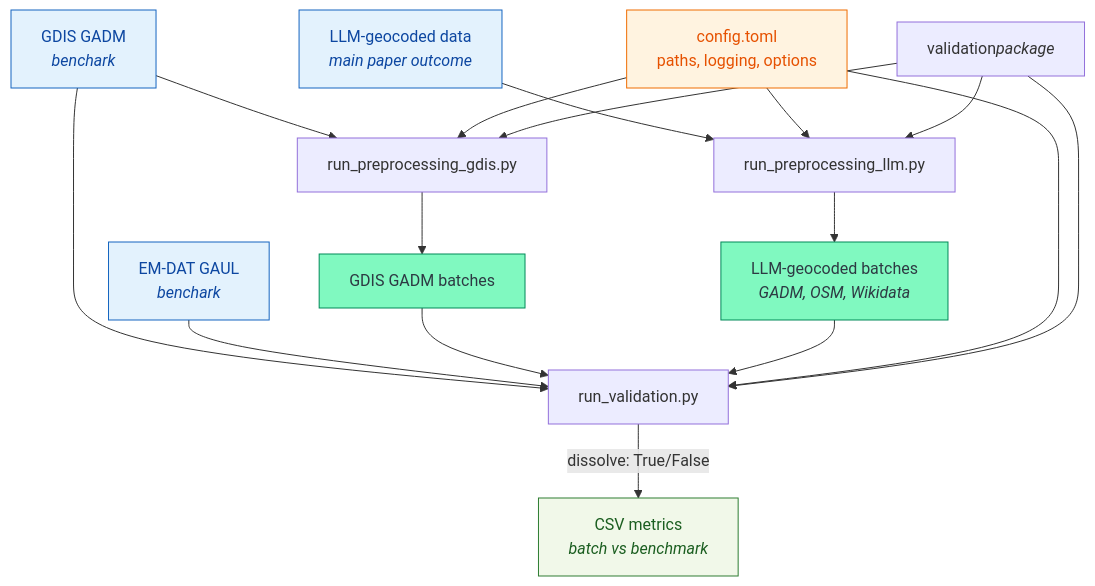
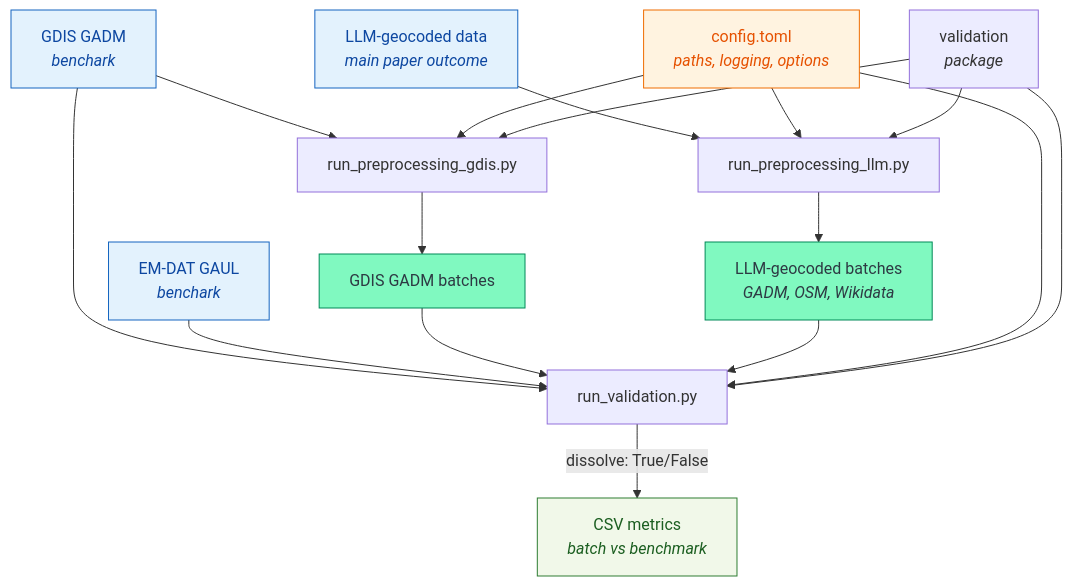
One commit to em-dat/emdat_geocoding changed the first of 2 diagrams in README.md. Above: the diagram before and after it, drawn with Mermaid.

Commit message:
Fix formatting in README diagram tooltips

````diff
--- a/README.md
+++ b/README.md
@@ -41,34 +41,34 @@
 ```mermaid
 flowchart TD
 %% Inputs
     A["GDIS GADM<br/><i>benchark</i>"]:::data
     B["EM-DAT GAUL<br/><i>benchark</i>"]:::data
     C["GDIS GADM batches"]:::batch
     D["LLM-geocoded data<br/><i>main paper outcome</i>"]:::data
     E["LLM-geocoded batches<br/><i>GADM, OSM, Wikidata</i>"]:::batch
     O["CSV metrics<br/><i>batch vs benchmark</i>"]:::output
-    CFG["config.toml<br/>paths, logging, options"]:::config
-    V["validation<i>package<i>"]:::script
+    CFG["config.toml<br/><i>paths, logging, options</i>"]:::config
+    V["validation<br/><i>package<i>"]:::script
 %% Steps
     PG["run_preprocessing_gdis.py"]:::script
     PL["run_preprocessing_llm.py"]:::script
     RV["run_validation.py"]:::script
     A --> PG --> C
     D --> PL --> E
     A --> RV
     B --> RV
     C --> RV
     E --> RV -->|dissolve: True/False| O
     CFG --> PG
     CFG --> PL
     CFG --> RV
     V --> PG
     V --> PL
     V --> RV
     
 %% Styles (optional)
     classDef data fill:#e3f2fd,stroke:#1565c0,color:#0d47a1;
     classDef batch fill:#80f9c0,stroke:#008958,color:#2d3a43;
     classDef config fill:#fff3e0,stroke:#ef6c00,color:#e65100;
     classDef output fill:#f1f8e9,stroke:#2e7d32,color:#1b5e20;
 ```
````
